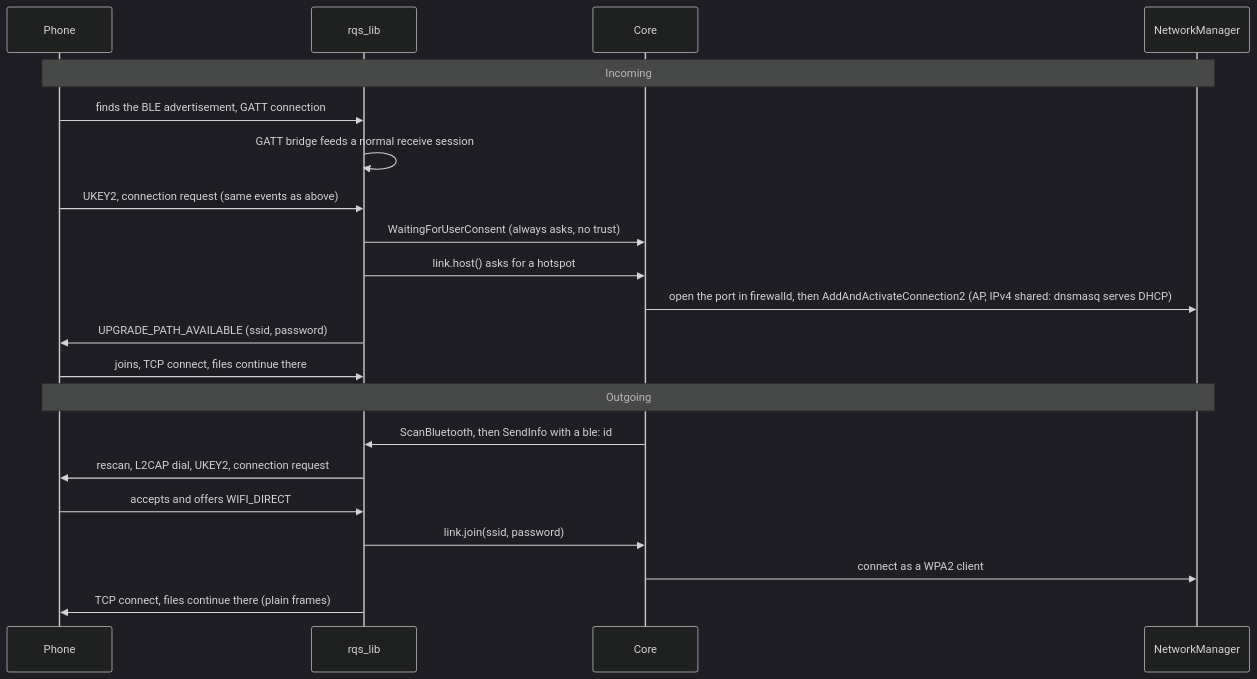
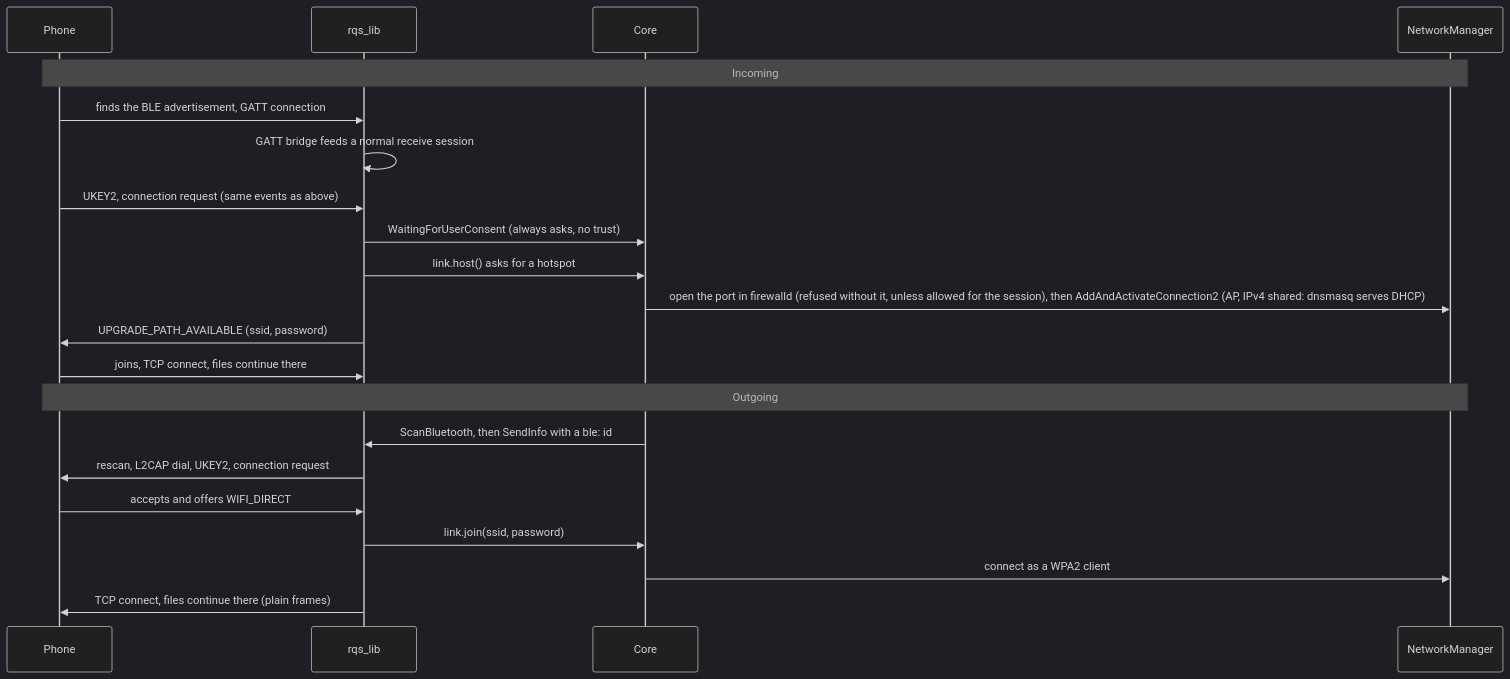
Before and after one commit to the-beper/KuickShare: the third of 5 diagrams in docs/architecture.md, drawn with Mermaid (dark theme). The commit also changed other lines of this file and 30 other files, not shown here.

````diff
--- a/docs/architecture.md
+++ b/docs/architecture.md
@@ -148,25 +152,25 @@
 ```mermaid
 sequenceDiagram
     participant P as Phone
     participant L as rqs_lib
     participant C as Core
     participant N as NetworkManager
 
     Note over P,N: Incoming
     P->>L: finds the BLE advertisement, GATT connection
     L->>L: GATT bridge feeds a normal receive session
     P->>L: UKEY2, connection request (same events as above)
     L->>C: WaitingForUserConsent (always asks, no trust)
     L->>C: link.host() asks for a hotspot
-    C->>N: open the port in firewalld, then AddAndActivateConnection2 (AP, IPv4 shared: dnsmasq serves DHCP)
+    C->>N: open the port in firewalld (refused without it, unless allowed for the session), then AddAndActivateConnection2 (AP, IPv4 shared: dnsmasq serves DHCP)
     L->>P: UPGRADE_PATH_AVAILABLE (ssid, password)
     P->>L: joins, TCP connect, files continue there
 
     Note over P,N: Outgoing
     C->>L: ScanBluetooth, then SendInfo with a ble: id
     L->>P: rescan, L2CAP dial, UKEY2, connection request
     P->>L: accepts and offers WIFI_DIRECT
     L->>C: link.join(ssid, password)
     C->>N: connect as a WPA2 client
     L->>P: TCP connect, files continue there (plain frames)
 ```
````
